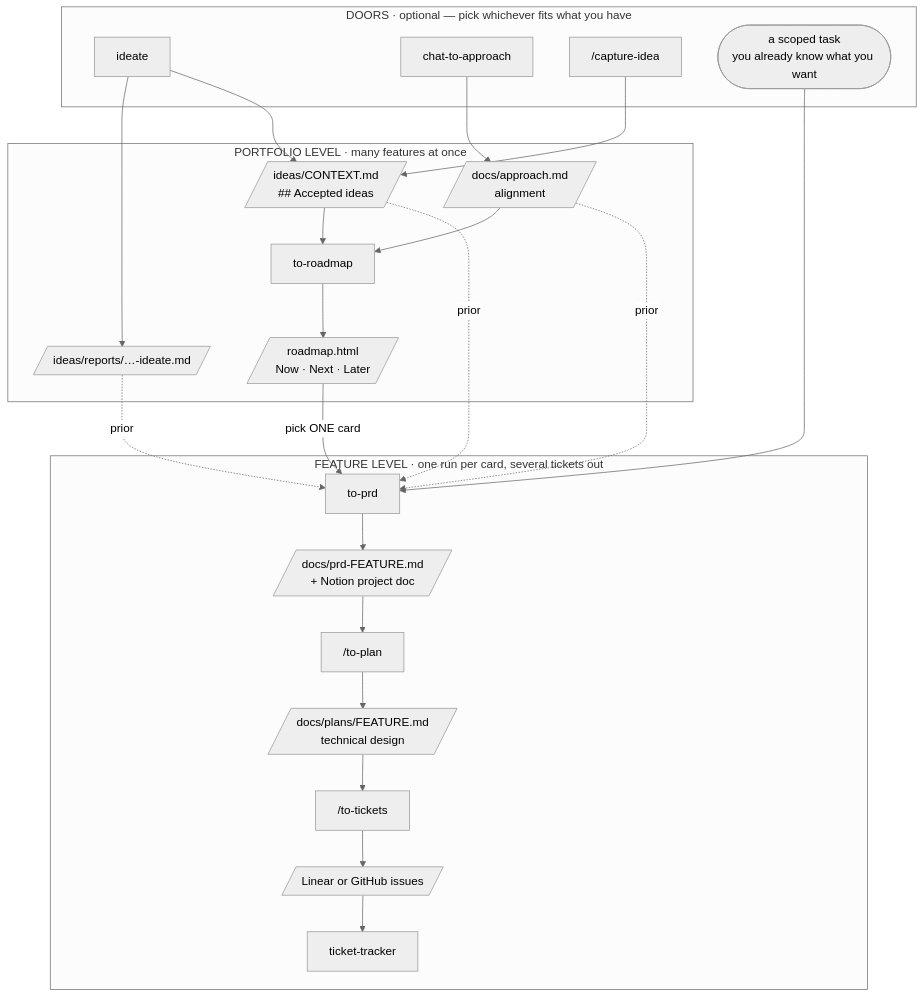
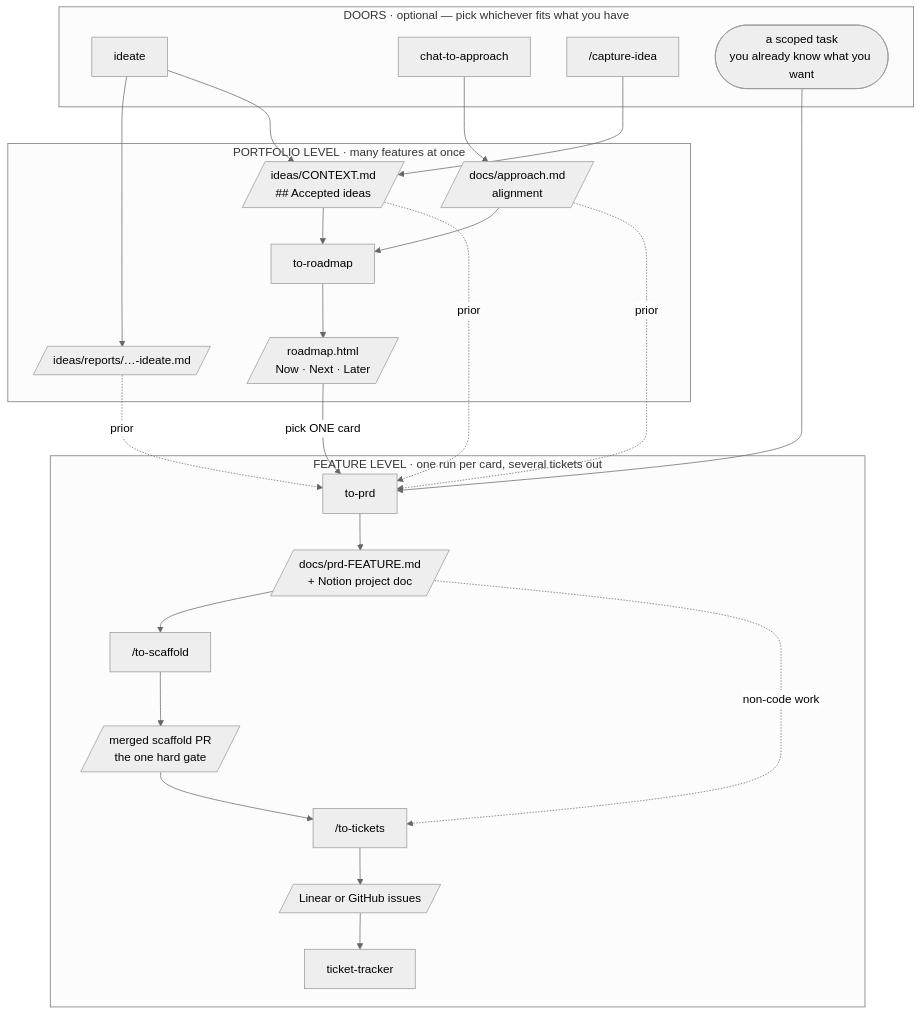
One commit to O-Marsters-1997/my-claude-code changed the diagram in skills/workflow/README.md. Above: the diagram before and after it, drawn with Mermaid (neutral theme). The commit also changed other lines of this file and 19 other files, not shown here.

First line of the commit message:
Retire to-plan, rewire suite map to to-scaffold, purge Plain from handoff and flow-friction-audit

````diff
--- a/skills/workflow/README.md
+++ b/skills/workflow/README.md
@@ -44,38 +44,39 @@
 ```mermaid
 flowchart TD
   subgraph DOORS["DOORS · optional — pick whichever fits what you have"]
     ideate["ideate"]
     chat["chat-to-approach"]
     capture["/capture-idea"]
     scoped(["a scoped task<br/>you already know what you want"])
   end
 
   subgraph PORTFOLIO["PORTFOLIO LEVEL · many features at once"]
     report[/"ideas/reports/…-ideate.md"/]
     ctx[/"ideas/CONTEXT.md<br/>## Accepted ideas"/]
     appr[/"docs/approach.md<br/>alignment"/]
     roadmap["to-roadmap"]
     board[/"roadmap.html<br/>Now · Next · Later"/]
   end
 
   subgraph SPINE["FEATURE LEVEL · one run per card, several tickets out"]
     prd["to-prd"]
     prddoc[/"docs/prd-FEATURE.md<br/>+ Notion project doc"/]
-    plan["/to-plan"]
-    planfile[/"docs/plans/FEATURE.md<br/>technical design"/]
+    scaffold["/to-scaffold"]
+    scaffoldpr[/"merged scaffold PR<br/>the one hard gate"/]
     tick["/to-tickets"]
     issues[/"Linear or GitHub issues"/]
     track["ticket-tracker"]
   end
 
   ideate --> report
   ideate --> ctx --> roadmap --> board
   chat --> appr --> roadmap
   capture --> ctx
   board -->|"pick ONE card"| prd
   scoped --> prd
-  prd --> prddoc --> plan --> planfile --> tick --> issues --> track
+  prd --> prddoc --> scaffold --> scaffoldpr --> tick --> issues --> track
+  prddoc -.->|"non-code work"| tick
   appr -.->|"prior"| prd
   ctx -.->|"prior"| prd
   report -.->|"prior"| prd
 ```
````
